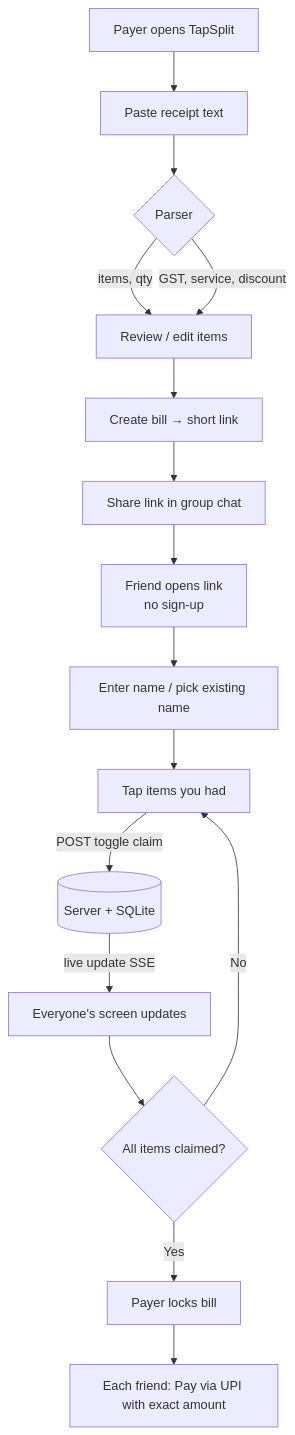
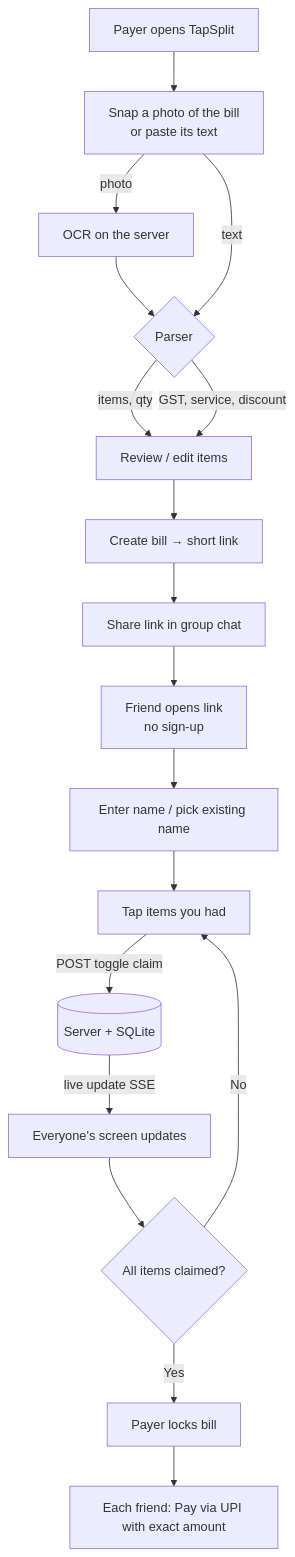
One commit to chiranshee26-source/tapsplit changed the first of 2 diagrams in README.md. Above: the diagram before and after it, drawn with Mermaid. The commit also changed other lines of this file and 13 other files, not shown here.

````diff
--- a/README.md
+++ b/README.md
@@ -49,18 +49,20 @@
 ```mermaid
 flowchart TD
-    A[Payer opens TapSplit] --> B[Paste receipt text]
-    B --> C{Parser}
+    A[Payer opens TapSplit] --> B[Snap a photo of the bill<br/>or paste its text]
+    B -->|photo| O[OCR on the server]
+    O --> C{Parser}
+    B -->|text| C
     C -->|items, qty| D[Review / edit items]
     C -->|GST, service, discount| D
     D --> E[Create bill → short link]
     E --> F[Share link in group chat]
     F --> G[Friend opens link<br/>no sign-up]
     G --> H[Enter name / pick existing name]
     H --> I[Tap items you had]
     I -->|POST toggle claim| J[(Server + SQLite)]
     J -->|live update SSE| K[Everyone's screen updates]
     K --> L{All items claimed?}
     L -->|No| I
     L -->|Yes| M[Payer locks bill]
     M --> N[Each friend: Pay via UPI with exact amount]
 ```
````
